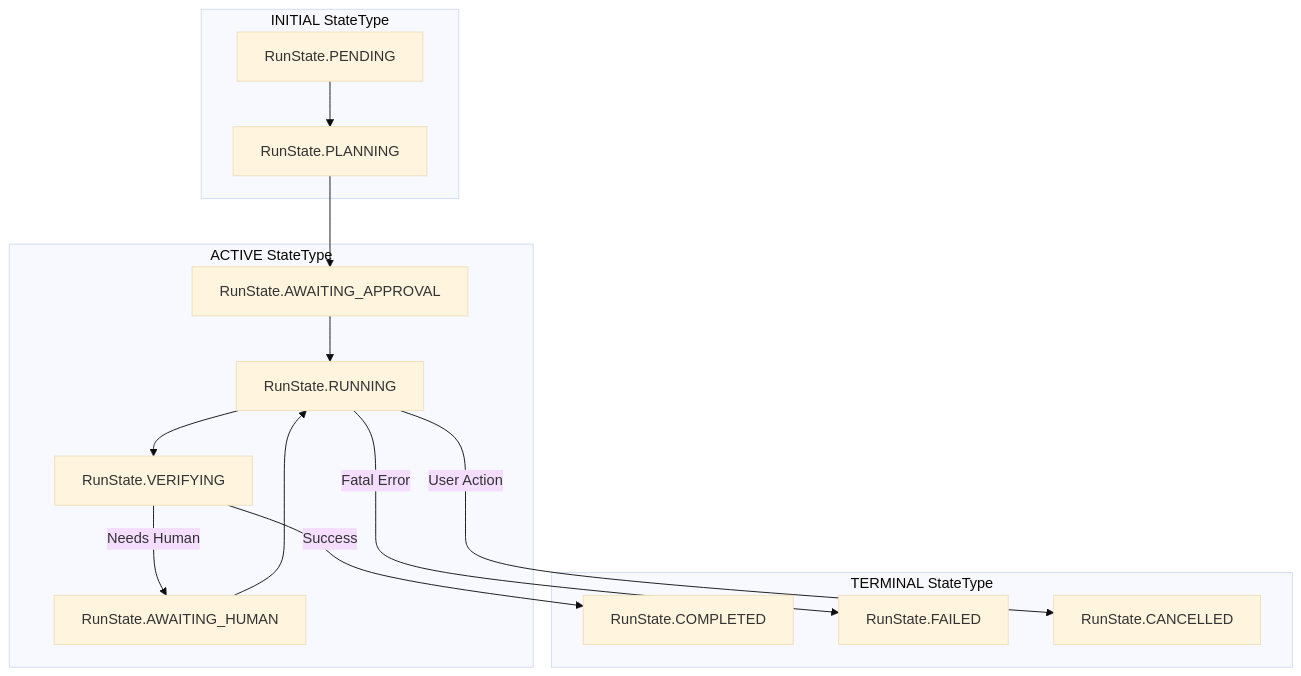
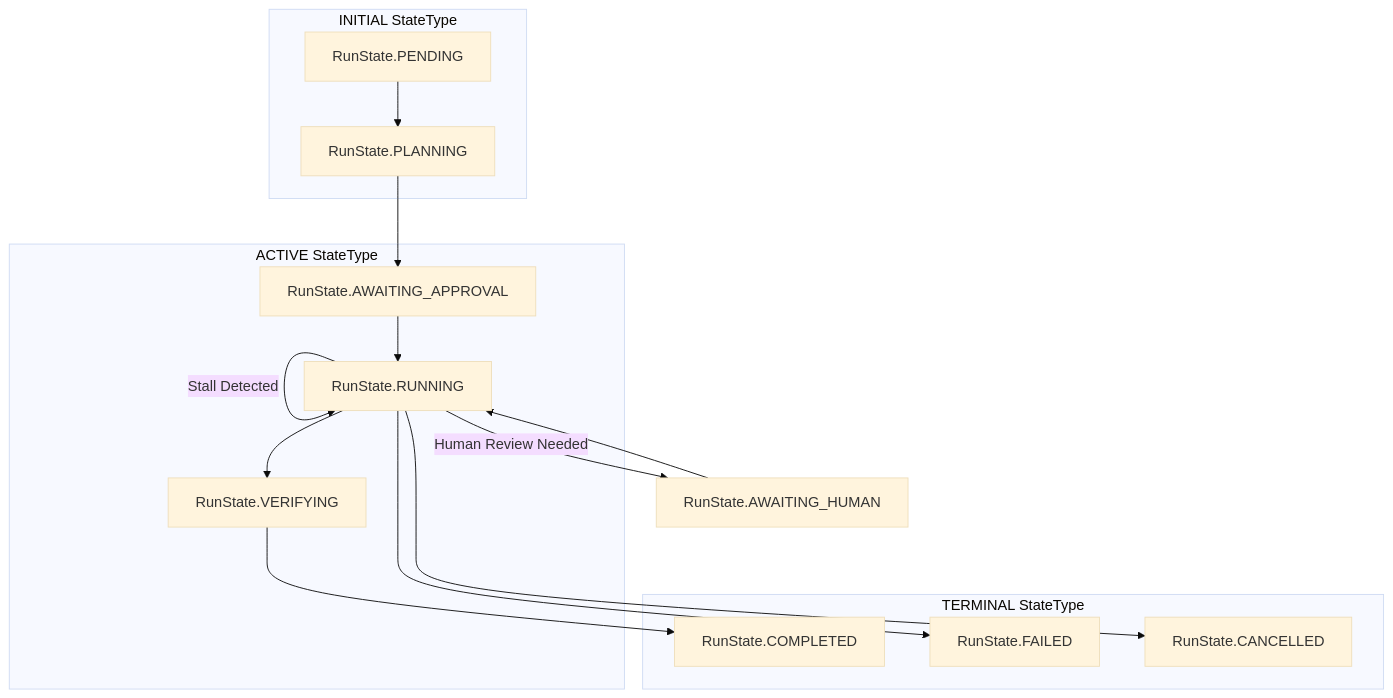
One commit to AutomatosAI/automatos-ai changed the first of 3 diagrams in docs/missions-multi-agent-coordination/mission-data-model.md. Above: the diagram before and after it, drawn with Mermaid (base theme). The commit also changed other lines of this file and 153 other files, not shown here.

````diff
--- a/docs/missions-multi-agent-coordination/mission-data-model.md
+++ b/docs/missions-multi-agent-coordination/mission-data-model.md
@@ -92,20 +80,22 @@
 ```mermaid
 graph TD
   subgraph "INITIAL StateType"
     PENDING["RunState.PENDING"] --> PLANNING["RunState.PLANNING"]
   end
 
   subgraph "ACTIVE StateType"
     PLANNING --> APPROVAL["RunState.AWAITING_APPROVAL"]
     APPROVAL --> RUNNING["RunState.RUNNING"]
     RUNNING --> VERIFYING["RunState.VERIFYING"]
-    VERIFYING -- "Needs Human" --> AWAITING_HUMAN["RunState.AWAITING_HUMAN"]
-    AWAITING_HUMAN --> RUNNING
   end
 
   subgraph "TERMINAL StateType"
-    VERIFYING -- "Success" --> COMPLETED["RunState.COMPLETED"]
-    RUNNING -- "Fatal Error" --> FAILED["RunState.FAILED"]
-    RUNNING -- "User Action" --> CANCELLED["RunState.CANCELLED"]
+    VERIFYING --> COMPLETED["RunState.COMPLETED"]
+    RUNNING --> FAILED["RunState.FAILED"]
+    RUNNING --> CANCELLED["RunState.CANCELLED"]
   end
+
+  RUNNING -- "Stall Detected" --> RUNNING
+  RUNNING -- "Human Review Needed" --> AWAITING_HUMAN["RunState.AWAITING_HUMAN"]
+  AWAITING_HUMAN --> RUNNING
 ```
````
